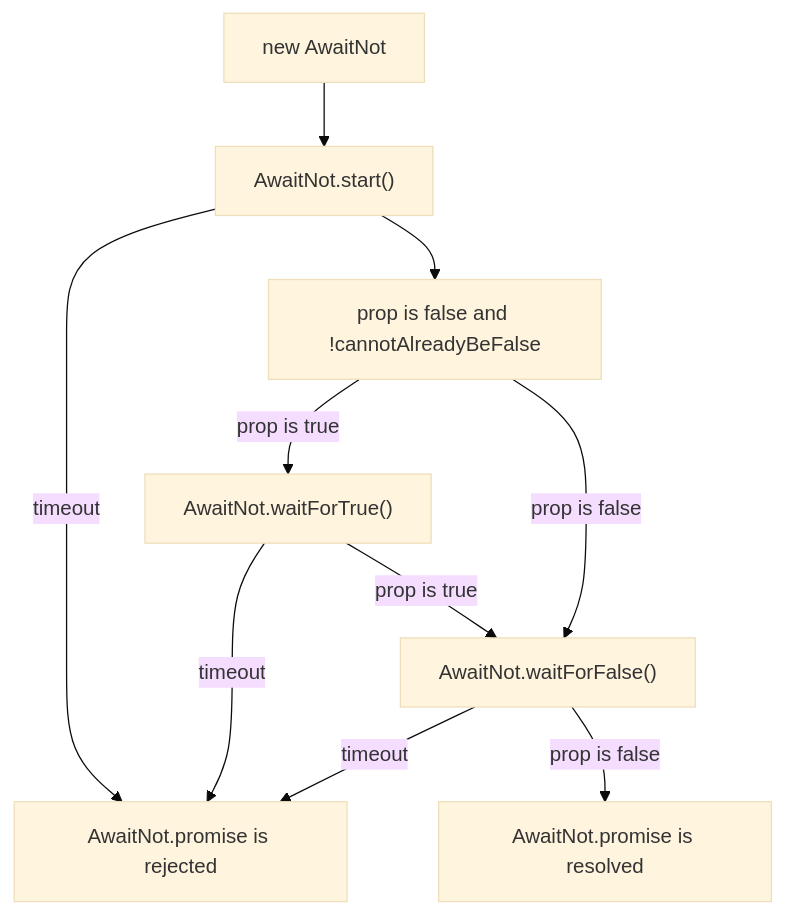
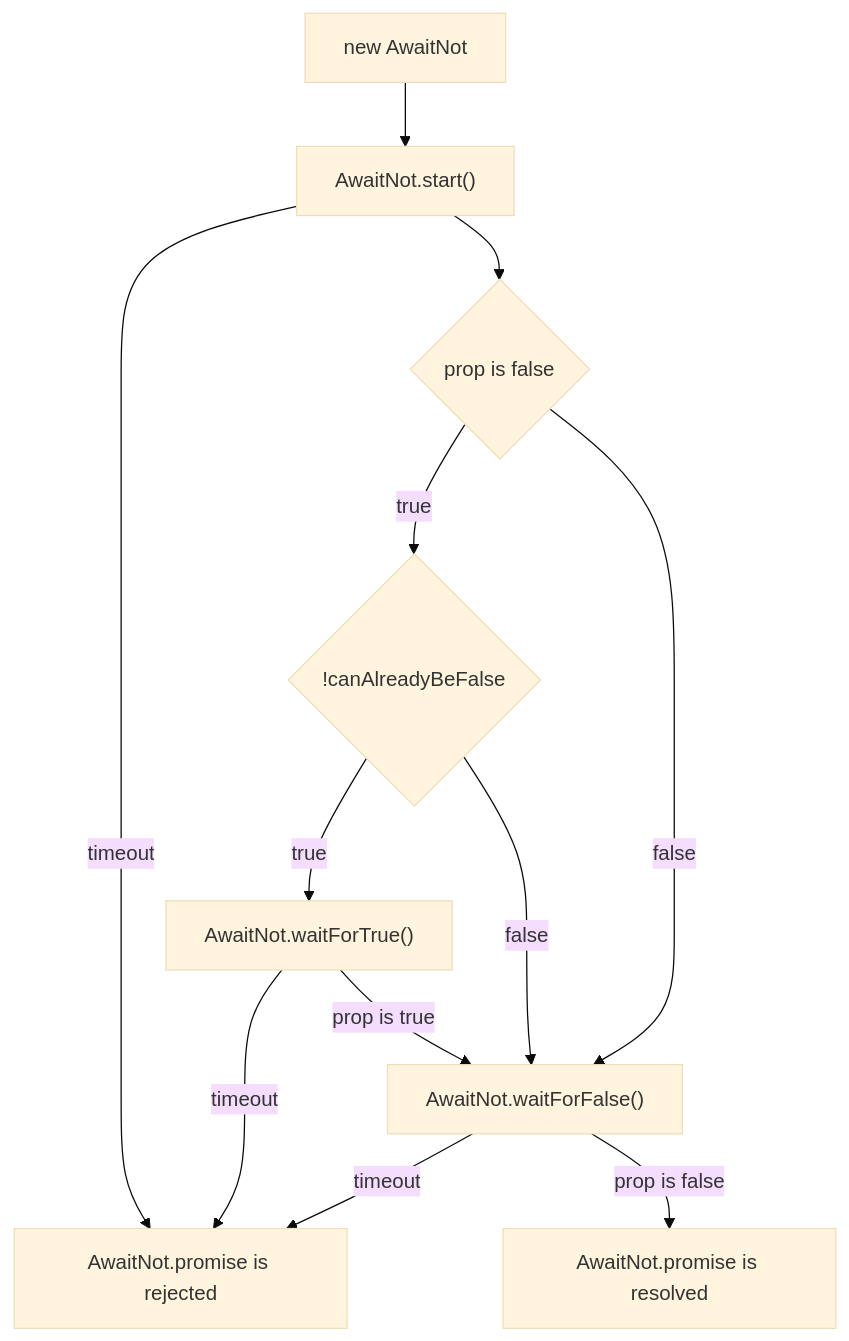
One commit to arrai-innovations/reactive-helpers changed the diagram in README.md. Above: the diagram before and after it, drawn with Mermaid (base theme).

Commit message:
fix: flowchart should use diamond for decisions

````diff
--- a/README.md
+++ b/README.md
@@ -507,12 +507,15 @@
 ```mermaid
 flowchart TD
   A["new AwaitNot"] --> B["AwaitNot.start()"];
   B -- timeout --> G["AwaitNot.promise is rejected"]
-  B --> C["prop is false and !cannotAlreadyBeFalse"]
-  C -- prop is true --> D["AwaitNot.waitForTrue()"];
-  C -- prop is false --> E["AwaitNot.waitForFalse()"];
+  B --> C{"prop is false"}
+  C -- true --> H{"!canAlreadyBeFalse"}
+  H -- true --> D["AwaitNot.waitForTrue()"];
+  C -- false --> E["AwaitNot.waitForFalse()"];
+  H -- false --> E;
+  
   D -- timeout --> G
   E -- timeout --> G
   E -- prop is false -->  F["AwaitNot.promise is resolved"]
   D -- prop is true --> E
 ```
````
